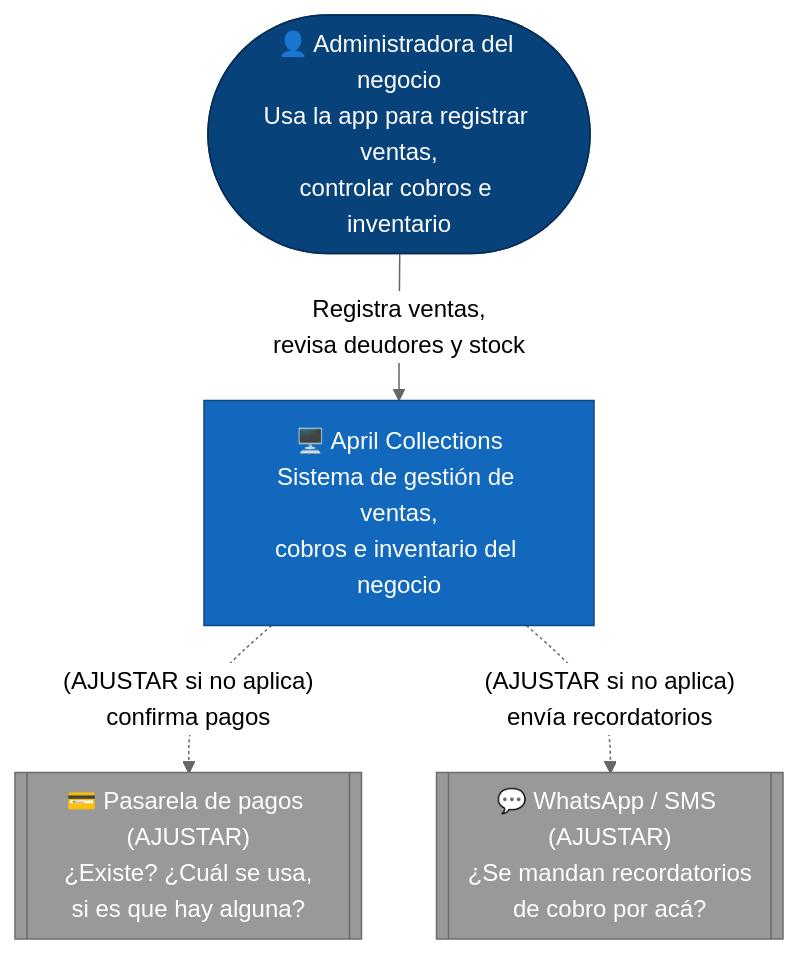
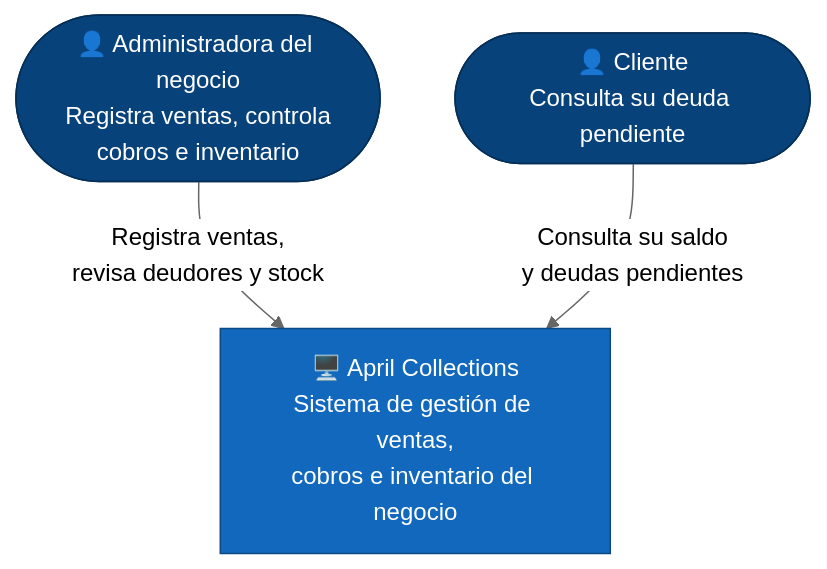
One commit to Dariel190831/ISW2-Practicas changed the first of 2 diagrams in practica-6/arquitectura.md. Above: the diagram before and after it, drawn with Mermaid (neutral theme). The commit also changed other lines of this file, not shown here.

Commit message:
fix(practica-6): corregir diagramas para reflejar arquitectura real (Django/MySQL, sin pasarela)

````diff
--- a/practica-6/arquitectura.md
+++ b/practica-6/arquitectura.md
@@ -13,20 +10,15 @@
 ```mermaid
 flowchart TB
-    admin(["👤 Administradora del negocio<br/>Usa la app para registrar ventas,<br/>controlar cobros e inventario"])
+    admin(["👤 Administradora del negocio<br/>Registra ventas, controla<br/>cobros e inventario"])
+    cliente(["👤 Cliente<br/>Consulta su deuda pendiente"])
 
     app["🖥️ April Collections<br/>Sistema de gestión de ventas,<br/>cobros e inventario del negocio"]
 
-    pasarela[["💳 Pasarela de pagos (AJUSTAR)<br/>¿Existe? ¿Cuál se usa,<br/>si es que hay alguna?"]]
-    whatsapp[["💬 WhatsApp / SMS (AJUSTAR)<br/>¿Se mandan recordatorios<br/>de cobro por acá?"]]
-
     admin -->|"Registra ventas,<br/>revisa deudores y stock"| app
-    app -.->|"(AJUSTAR si no aplica)<br/>confirma pagos"| pasarela
-    app -.->|"(AJUSTAR si no aplica)<br/>envía recordatorios"| whatsapp
+    cliente -->|"Consulta su saldo<br/>y deudas pendientes"| app
 
     classDef persona fill:#08427b,color:#fff,stroke:#052e56
     classDef sistema fill:#1168bd,color:#fff,stroke:#0b4884
-    classDef externo fill:#999999,color:#fff,stroke:#6b6b6b
-    class admin persona
+    class admin,cliente persona
     class app sistema
-    class pasarela,whatsapp externo
 ```
````
